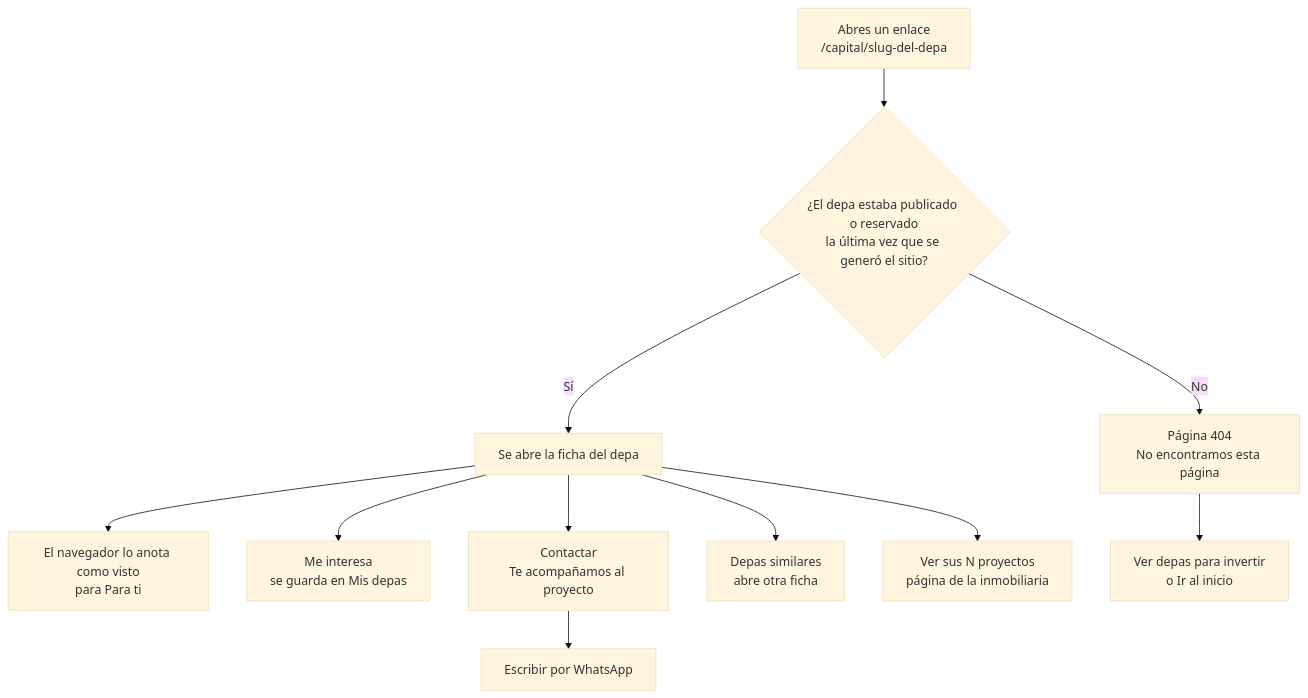
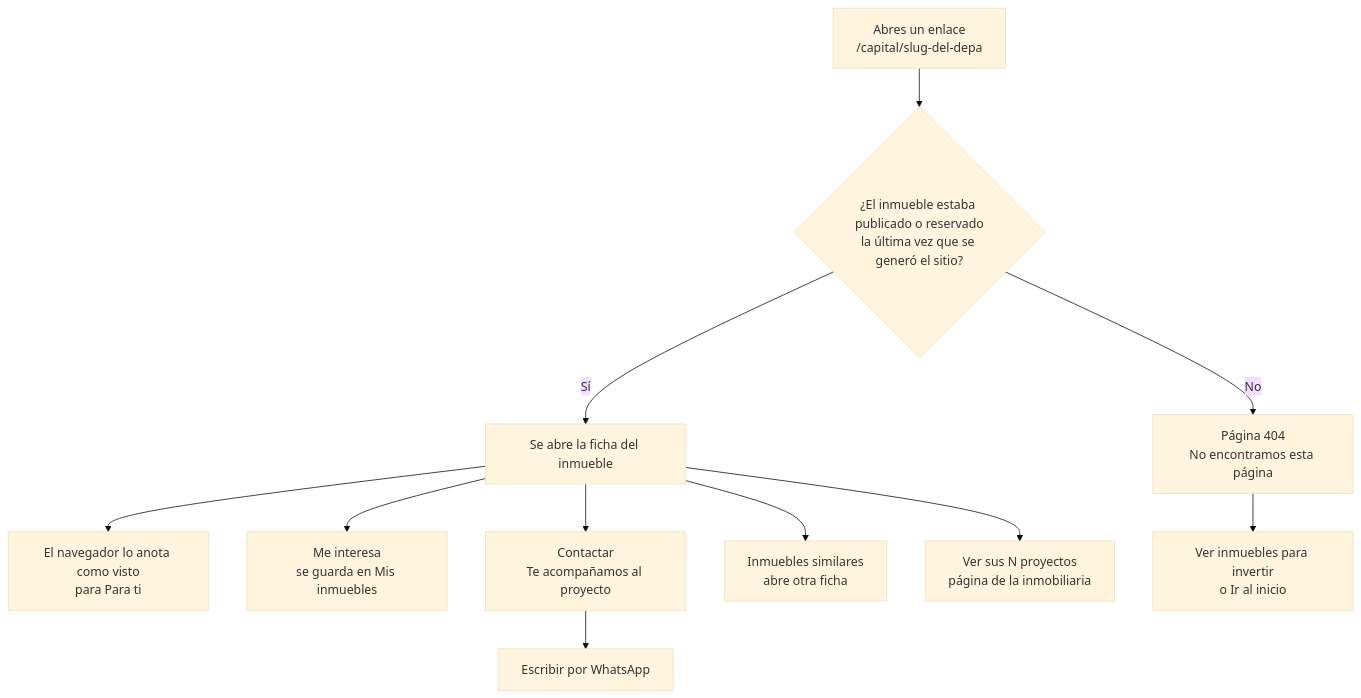
One commit to samirharrytl/DHC_landing changed the sixth of 17 diagrams in docs/plataforma/09-manual-funcional.md. Above: the diagram before and after it, drawn with Mermaid (base theme). The commit also changed other lines of this file and 72 other files, not shown here.

First line of the commit message:
Fuente Poppins como depahostperu.com, "Mis depas" pasa a "Mis inmuebles" y cambios en API y panel

````diff
--- a/docs/plataforma/09-manual-funcional.md
+++ b/docs/plataforma/09-manual-funcional.md
@@ -961,13 +956,13 @@
 ```mermaid
 flowchart TD
-    LINK["Abres un enlace<br/>/capital/slug-del-depa"] --> CHECK{"¿El depa estaba publicado o reservado<br/>la última vez que se generó el sitio?"}
-    CHECK -->|"Sí"| FICHA["Se abre la ficha del depa"]
+    LINK["Abres un enlace<br/>/capital/slug-del-depa"] --> CHECK{"¿El inmueble estaba publicado o reservado<br/>la última vez que se generó el sitio?"}
+    CHECK -->|"Sí"| FICHA["Se abre la ficha del inmueble"]
     CHECK -->|"No"| NF["Página 404<br/>No encontramos esta página"]
     FICHA --> VISTO["El navegador lo anota como visto<br/>para Para ti"]
-    FICHA --> SAVE["Me interesa<br/>se guarda en Mis depas"]
+    FICHA --> SAVE["Me interesa<br/>se guarda en Mis inmuebles"]
     FICHA --> CONT["Contactar<br/>Te acompañamos al proyecto"]
     CONT --> WA["Escribir por WhatsApp"]
-    FICHA --> SIM["Depas similares<br/>abre otra ficha"]
+    FICHA --> SIM["Inmuebles similares<br/>abre otra ficha"]
     FICHA --> ALLY["Ver sus N proyectos<br/>página de la inmobiliaria"]
-    NF --> BTN["Ver depas para invertir<br/>o Ir al inicio"]
+    NF --> BTN["Ver inmuebles para invertir<br/>o Ir al inicio"]
 ```
````
